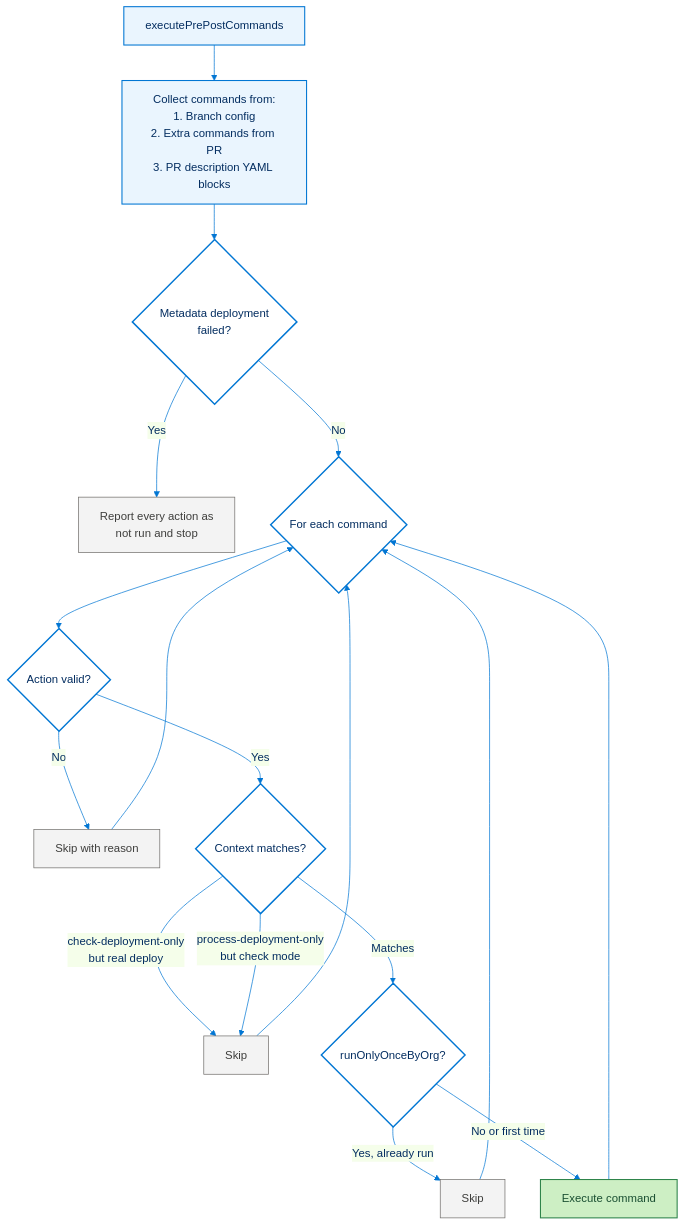
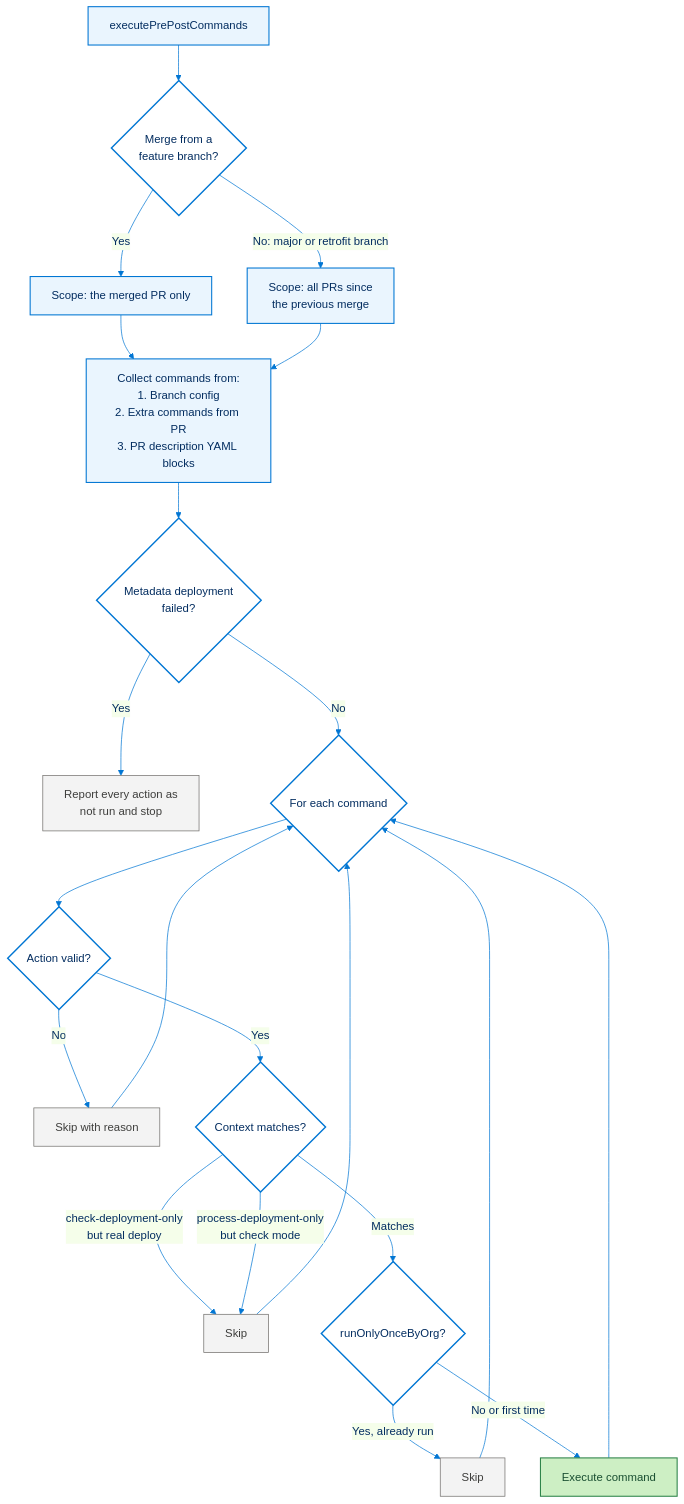
The tenth of 13 diagrams in docs/salesforce-ci-cd-smart-deployment.md (hardisgroupcom/sfdx-hardis), drawn with Mermaid before and after one commit. The commit also changed other lines of this file and 18 other files, not shown here.

First line of the commit message:
fix(deploy): collect the right Pull Request scope for deployment actions and Apex test classes on every merge (#2054)

````diff
--- a/docs/salesforce-ci-cd-smart-deployment.md
+++ b/docs/salesforce-ci-cd-smart-deployment.md
@@ -373,30 +373,34 @@
 ```mermaid
 %%{init: {"theme": "base", "themeVariables": {"primaryColor": "#eaf5fe", "primaryTextColor": "#032d60", "primaryBorderColor": "#0176d3", "lineColor": "#0176d3", "fontFamily": "Salesforce Sans, Arial, sans-serif"}}}%%
 flowchart TD
-    CMD_START[executePrePostCommands] --> SOURCES[Collect commands from:<br/>1. Branch config<br/>2. Extra commands from PR<br/>3. PR description YAML blocks]
+    CMD_START[executePrePostCommands] --> SCOPE{Merge from a<br/>feature branch?}
+    SCOPE -->|Yes| ONE_PR[Scope: the merged PR only]
+    SCOPE -->|No: major or retrofit branch| BATCH[Scope: all PRs since<br/>the previous merge]
+    ONE_PR --> SOURCES[Collect commands from:<br/>1. Branch config<br/>2. Extra commands from PR<br/>3. PR description YAML blocks]
+    BATCH --> SOURCES
     SOURCES --> DEPLOY_KO{Metadata deployment<br/>failed?}
     DEPLOY_KO -->|Yes| SKIP_ERR[Report every action as<br/>not run and stop]
     DEPLOY_KO -->|No| LOOP{For each command}
     LOOP --> VALID{Action valid?}
     VALID -->|No| SKIP_INVALID[Skip with reason]
     VALID -->|Yes| CTX_CHECK{Context matches?}
     CTX_CHECK -->|check-deployment-only<br/>but real deploy| SKIP_CTX[Skip]
     CTX_CHECK -->|process-deployment-only<br/>but check mode| SKIP_CTX
     CTX_CHECK -->|Matches| ONCE_CHECK{runOnlyOnceByOrg?}
     ONCE_CHECK -->|Yes, already run| SKIP_ONCE[Skip]
     ONCE_CHECK -->|No or first time| EXEC[Execute command]
     EXEC --> LOOP
     SKIP_INVALID --> LOOP
     SKIP_CTX --> LOOP
     SKIP_ONCE --> LOOP
 
     classDef sfAction fill:#eaf5fe,stroke:#0176d3,color:#032d60,stroke-width:1.5px
     classDef sfDecision fill:#ffffff,stroke:#0176d3,color:#032d60,stroke-width:2px
     classDef sfSuccess fill:#cdefc4,stroke:#2e844a,color:#194e31,stroke-width:1.5px
     classDef sfSkip fill:#f3f3f3,stroke:#706e6b,color:#3e3e3c,stroke-width:1px
 
-    class CMD_START,SOURCES sfAction
-    class LOOP,VALID,DEPLOY_KO,CTX_CHECK,ONCE_CHECK sfDecision
+    class CMD_START,SOURCES,ONE_PR,BATCH sfAction
+    class LOOP,VALID,SCOPE,DEPLOY_KO,CTX_CHECK,ONCE_CHECK sfDecision
     class EXEC sfSuccess
     class SKIP_INVALID,SKIP_ERR,SKIP_CTX,SKIP_ONCE sfSkip
 ```
````
